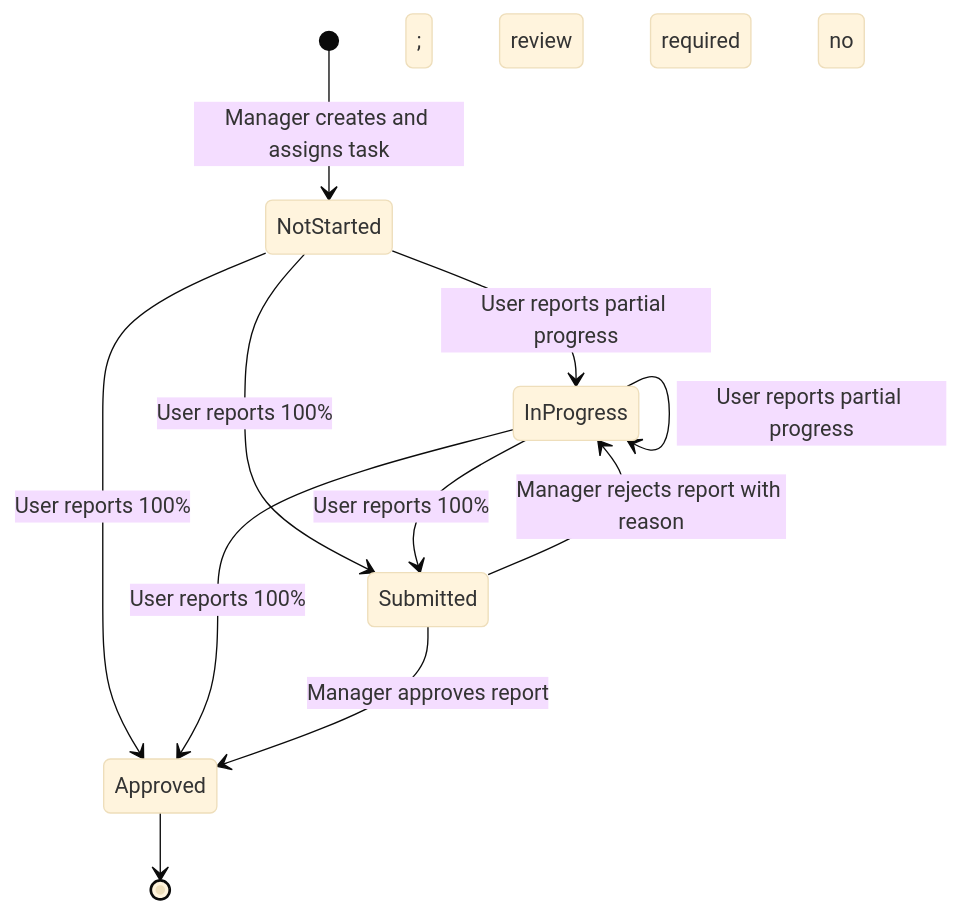
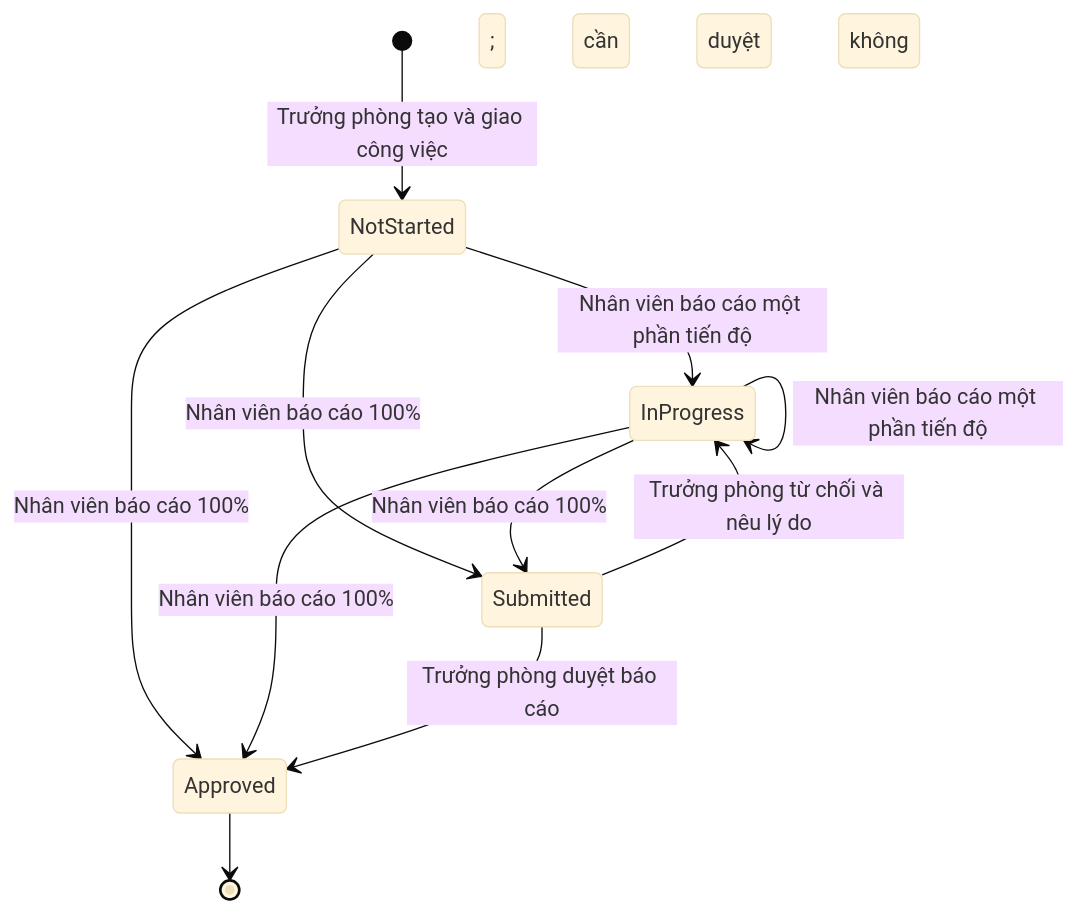
The first of 6 diagrams in docs/domain-workflows.md (Giapnocap/work-management-system-backend), drawn with Mermaid (base theme) before and after one commit. The commit also changed other lines of this file and 7 other files, not shown here.

````diff
--- a/docs/domain-workflows.md
+++ b/docs/domain-workflows.md
@@ -9,13 +9,13 @@
 ```mermaid
 stateDiagram-v2
-    [*] --> NotStarted: Manager creates and assigns task
-    NotStarted --> InProgress: User reports partial progress
-    NotStarted --> Submitted: User reports 100%; review required
-    NotStarted --> Approved: User reports 100%; no review required
-    InProgress --> InProgress: User reports partial progress
-    InProgress --> Submitted: User reports 100%; review required
-    InProgress --> Approved: User reports 100%; no review required
-    Submitted --> Approved: Manager approves report
-    Submitted --> InProgress: Manager rejects report with reason
+    [*] --> NotStarted: Trưởng phòng tạo và giao công việc
+    NotStarted --> InProgress: Nhân viên báo cáo một phần tiến độ
+    NotStarted --> Submitted: Nhân viên báo cáo 100%; cần duyệt
+    NotStarted --> Approved: Nhân viên báo cáo 100%; không cần duyệt
+    InProgress --> InProgress: Nhân viên báo cáo một phần tiến độ
+    InProgress --> Submitted: Nhân viên báo cáo 100%; cần duyệt
+    InProgress --> Approved: Nhân viên báo cáo 100%; không cần duyệt
+    Submitted --> Approved: Trưởng phòng duyệt báo cáo
+    Submitted --> InProgress: Trưởng phòng từ chối và nêu lý do
     Approved --> [*]
 ```
````
